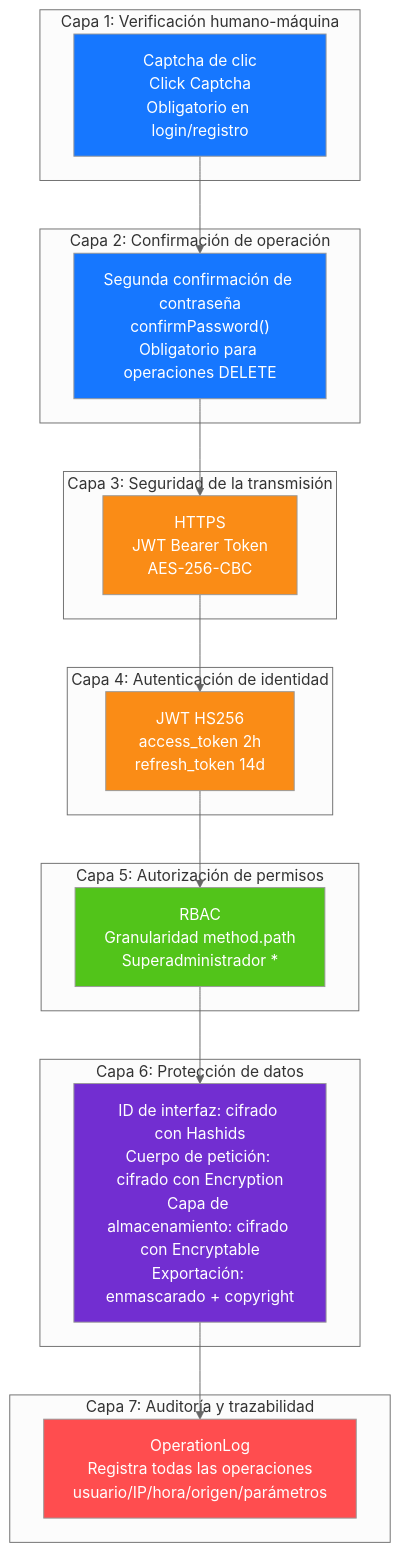
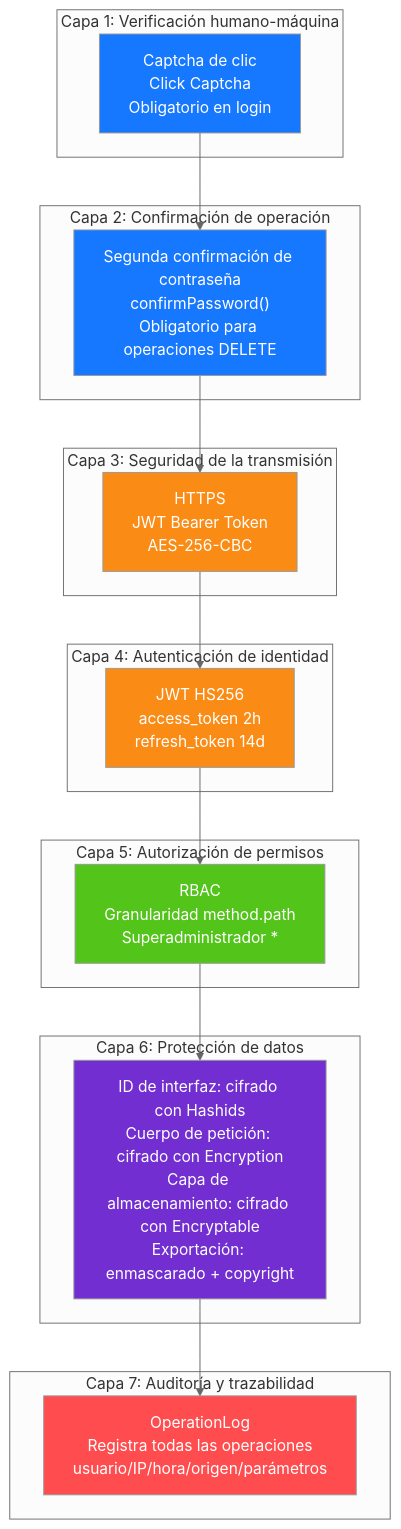
One commit to erikwang2013/open-admin changed diagram 13 of 14 in docs/ARCHITECTURE.es.md. Above: the diagram before and after it, drawn with Mermaid (neutral theme). The commit also changed other lines of this file and 115 other files, not shown here.

First line of the commit message:
功能：新增项目宠物「小安」、站点首页与手写 SVG 设计图集；全部文档对齐代码

````diff
--- a/docs/ARCHITECTURE.es.md
+++ b/docs/ARCHITECTURE.es.md
@@ -607,40 +597,40 @@
 ```mermaid
 flowchart TB
     subgraph "Capa 1: Verificación humano-máquina"
-        L1["Captcha de clic<br/>Click Captcha<br/>Obligatorio en login/registro"]
+        L1["Captcha de clic<br/>Click Captcha<br/>Obligatorio en login"]
     end
 
     subgraph "Capa 2: Confirmación de operación"
         L2["Segunda confirmación de contraseña<br/>confirmPassword()<br/>Obligatorio para operaciones DELETE"]
     end
 
     subgraph "Capa 3: Seguridad de la transmisión"
         L3["HTTPS<br/>JWT Bearer Token<br/>AES-256-CBC"]
     end
 
     subgraph "Capa 4: Autenticación de identidad"
         L4["JWT HS256<br/>access_token 2h<br/>refresh_token 14d"]
     end
 
     subgraph "Capa 5: Autorización de permisos"
         L5["RBAC<br/>Granularidad method.path<br/>Superadministrador *"]
     end
 
     subgraph "Capa 6: Protección de datos"
         L6["ID de interfaz: cifrado con Hashids<br/>Cuerpo de petición: cifrado con Encryption<br/>Capa de almacenamiento: cifrado con Encryptable<br/>Exportación: enmascarado + copyright"]
     end
 
     subgraph "Capa 7: Auditoría y trazabilidad"
         L7["OperationLog<br/>Registra todas las operaciones<br/>usuario/IP/hora/origen/parámetros"]
     end
 
     L1 --> L2 --> L3 --> L4 --> L5 --> L6 --> L7
 
     style L1 fill:#1677FF,color:#fff
     style L2 fill:#1677FF,color:#fff
     style L3 fill:#FA8C16,color:#fff
     style L4 fill:#FA8C16,color:#fff
     style L5 fill:#52C41A,color:#fff
     style L6 fill:#722ED1,color:#fff
     style L7 fill:#FF4D4F,color:#fff
 ```
````
